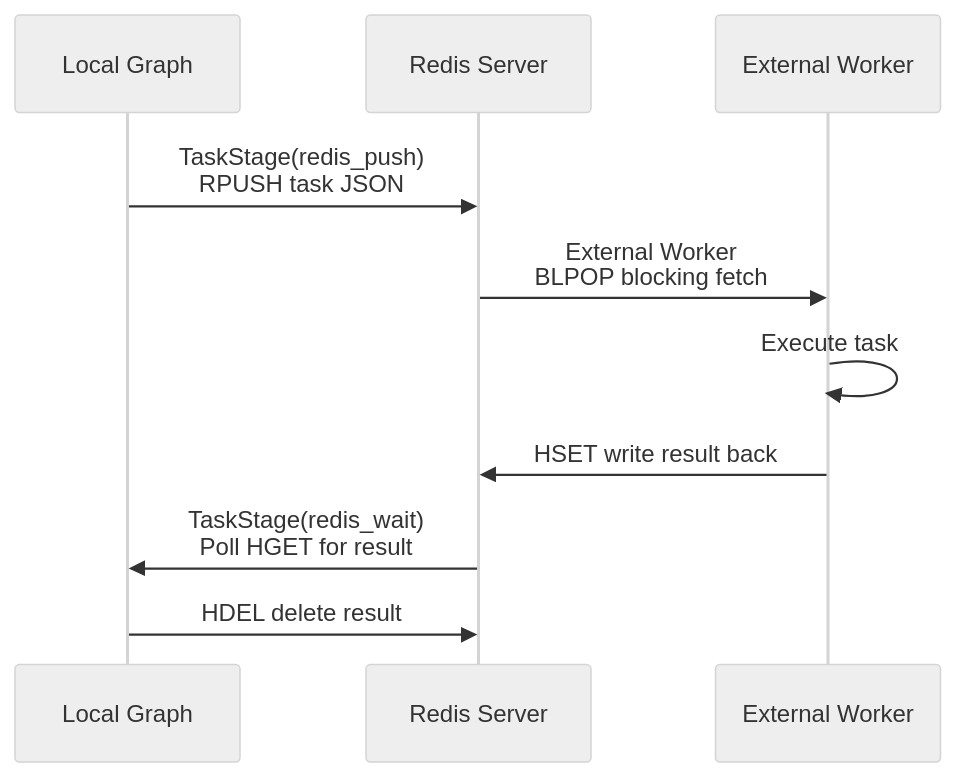
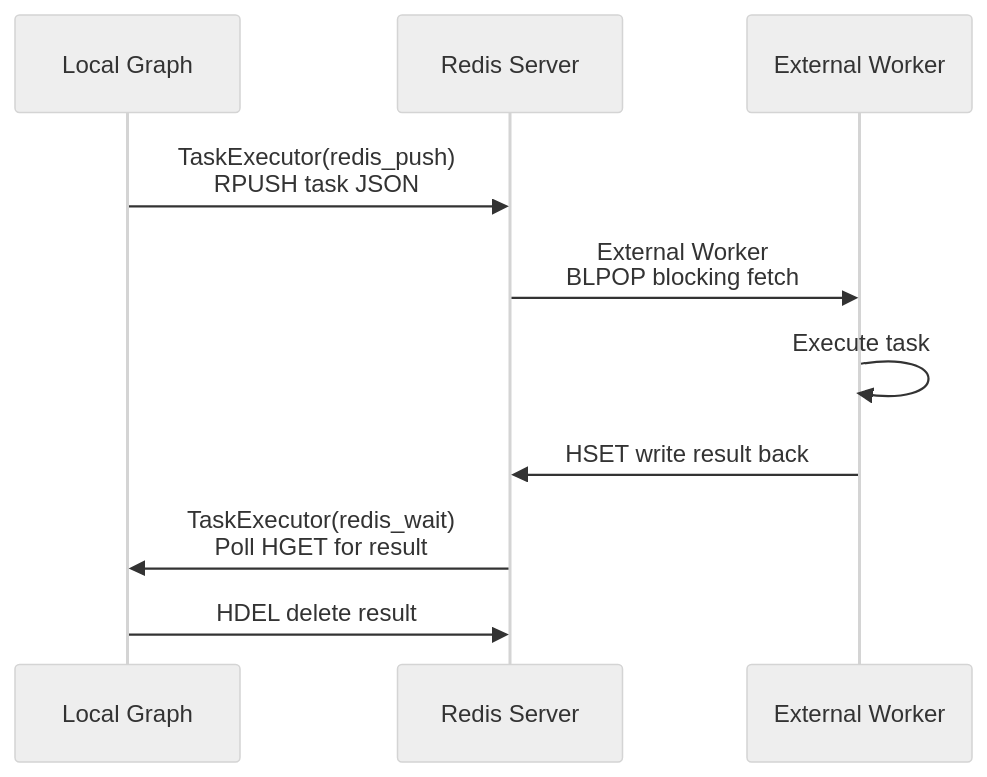
The fifth of 9 diagrams in docs/en/presentation.md (Mr-xiaotian/CelestialFlow), drawn with Mermaid (neutral theme) before and after one commit. The commit also changed other lines of this file and 181 other files, not shown here.

````diff
--- a/docs/en/presentation.md
+++ b/docs/en/presentation.md
@@ -285,13 +278,13 @@
 ```mermaid
 sequenceDiagram
     participant Local as Local Graph
     participant Redis as Redis Server
     participant Remote as External Worker
 
-    Local->>Redis: TaskStage(redis_push)<br/>RPUSH task JSON
+    Local->>Redis: TaskExecutor(redis_push)<br/>RPUSH task JSON
     Redis->>Remote: External Worker<br/>BLPOP blocking fetch
     Remote->>Remote: Execute task
     Remote->>Redis: HSET write result back
-    Redis->>Local: TaskStage(redis_wait)<br/>Poll HGET for result
+    Redis->>Local: TaskExecutor(redis_wait)<br/>Poll HGET for result
     Local->>Redis: HDEL delete result
 ```
````
